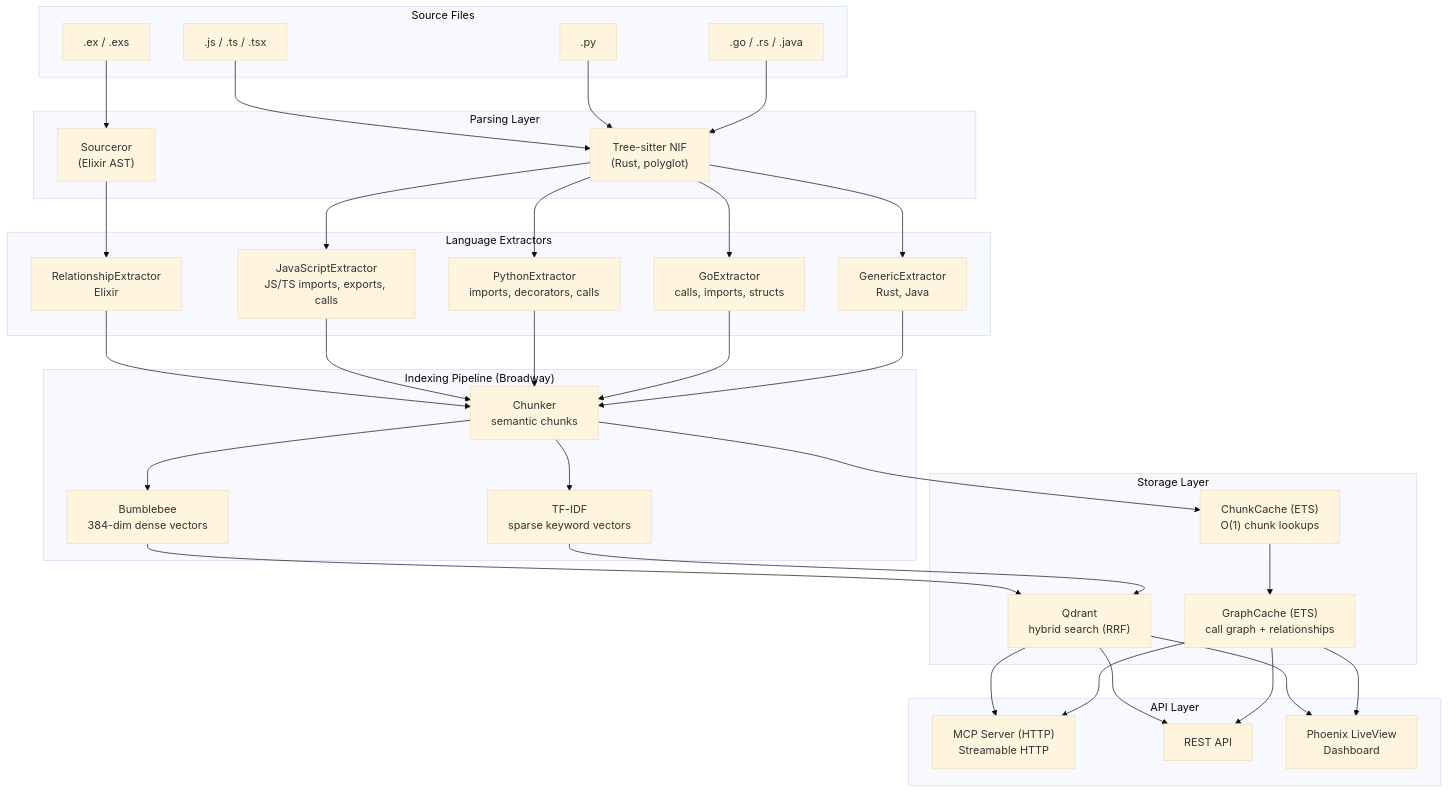
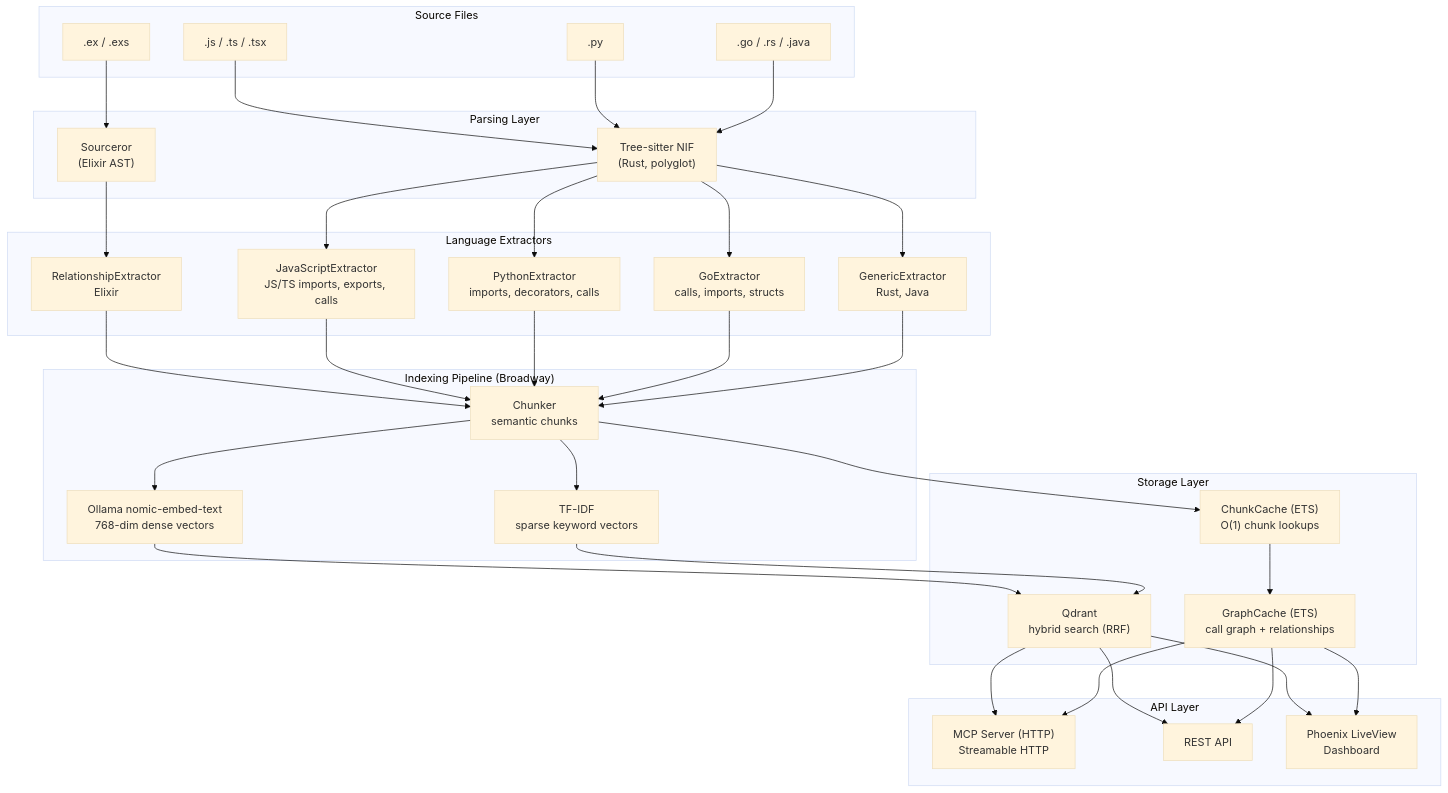
The first of 4 diagrams in README.md (iksnerd/code-nexus), drawn with Mermaid (base theme) before and after one commit. The commit also changed other lines of this file and 1 other file, not shown here.

First line of the commit message:
Fix stale README: Bumblebee→Ollama, fresh benchmarks, add Ruby support

````diff
--- a/README.md
+++ b/README.md
@@ -71,52 +71,52 @@
 ```mermaid
 graph TB
     subgraph Sources["Source Files"]
         EX[".ex / .exs"]
         JS[".js / .ts / .tsx"]
         PY[".py"]
         OTHER[".go / .rs / .java"]
     end
 
     subgraph Parsing["Parsing Layer"]
         SR["Sourceror<br/>(Elixir AST)"]
         TS["Tree-sitter NIF<br/>(Rust, polyglot)"]
     end
 
     subgraph Extractors["Language Extractors"]
         RE["RelationshipExtractor<br/>Elixir"]
         JSE["JavaScriptExtractor<br/>JS/TS imports, exports, calls"]
         PYE["PythonExtractor<br/>imports, decorators, calls"]
         GOE["GoExtractor<br/>calls, imports, structs"]
         GE["GenericExtractor<br/>Rust, Java"]
     end
 
     subgraph Indexing["Indexing Pipeline (Broadway)"]
         CH["Chunker<br/>semantic chunks"]
-        BB["Bumblebee<br/>384-dim dense vectors"]
+        OL["Ollama nomic-embed-text<br/>768-dim dense vectors"]
         TFIDF["TF-IDF<br/>sparse keyword vectors"]
     end
 
     subgraph Storage["Storage Layer"]
         QD["Qdrant<br/>hybrid search (RRF)"]
         CC["ChunkCache (ETS)<br/>O(1) chunk lookups"]
         GC["GraphCache (ETS)<br/>call graph + relationships"]
     end
 
     subgraph API["API Layer"]
         MCP_HTTP["MCP Server (HTTP)<br/>Streamable HTTP"]
         REST["REST API"]
         PHX["Phoenix LiveView<br/>Dashboard"]
     end
 
     EX --> SR --> RE
     JS --> TS --> JSE
     PY --> TS --> PYE
     OTHER --> TS --> GOE & GE
 
     RE & JSE & PYE & GOE & GE --> CH
-    CH --> BB & TFIDF
-    BB & TFIDF --> QD
+    CH --> OL & TFIDF
+    OL & TFIDF --> QD
     CH --> CC --> GC
 
     QD & GC --> MCP_HTTP & REST & PHX
 ```
````
